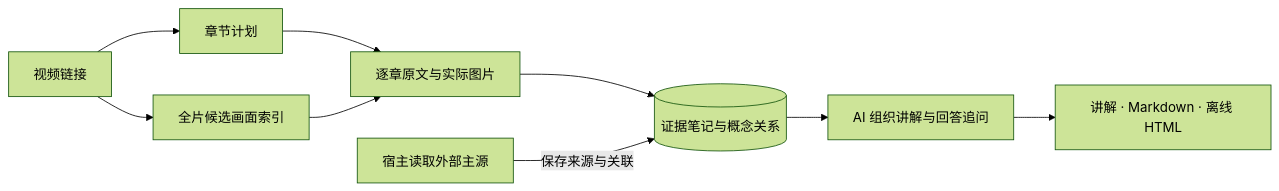
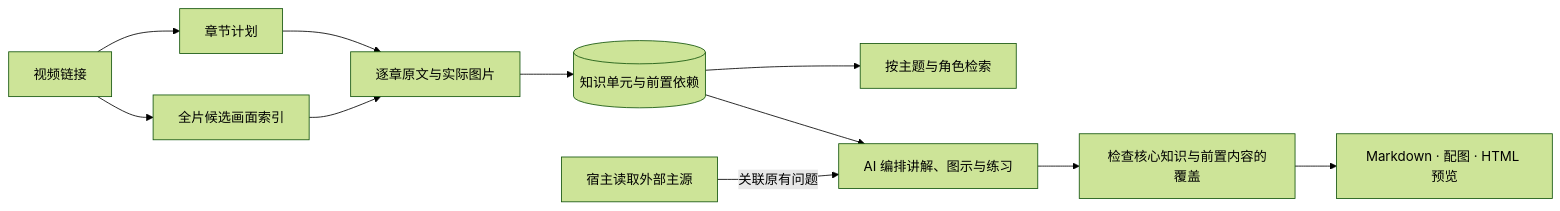
One commit to RicardoMin/VidLens changed the diagram in README.md. Above: the diagram before and after it, drawn with Mermaid (forest theme). The commit also changed other lines of this file and 43 other files, not shown here.

````diff
--- a/README.md
+++ b/README.md
@@ -66,11 +83,13 @@
 ```mermaid
 flowchart LR
     URL[视频链接] --> Plan[章节计划]
     URL --> Scan[全片候选画面索引]
     Plan --> Read[逐章原文与实际图片]
     Scan --> Read
-    Read --> Notes[(证据笔记与概念关系)]
-    Web[宿主读取外部主源] -->|保存来源与关联| Notes
-    Notes --> AI[AI 组织讲解与回答追问]
-    AI --> Output[讲解 · Markdown · 离线 HTML]
+    Read --> Units[(知识单元与前置依赖)]
+    Units --> Query[按主题与角色检索]
+    Units --> Article[AI 编排讲解、图示与练习]
+    Web[宿主读取外部主源] -->|关联原有问题| Article
+    Article --> Audit[检查核心知识与前置内容的覆盖]
+    Audit --> Output[Markdown · 配图 · HTML 预览]
 ```
````
